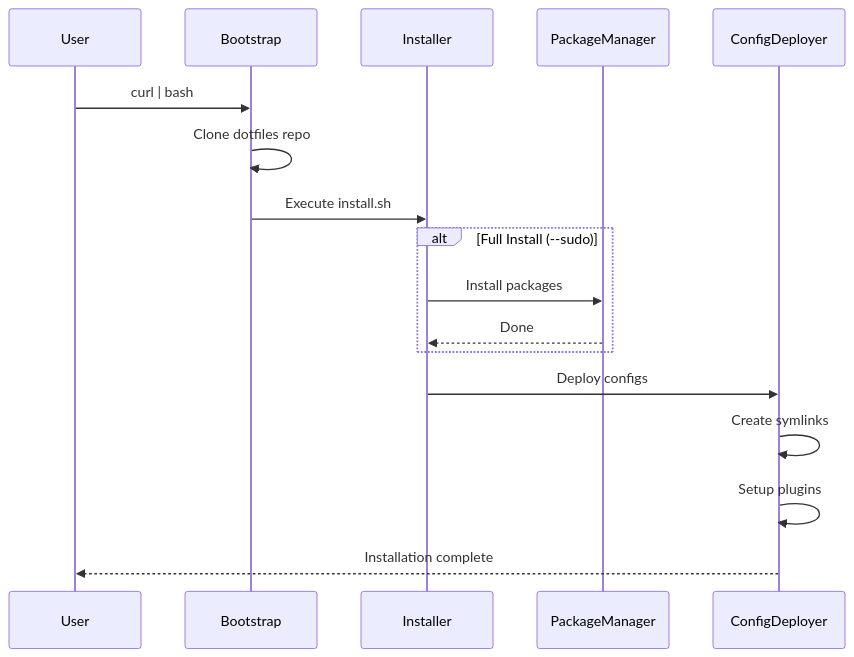
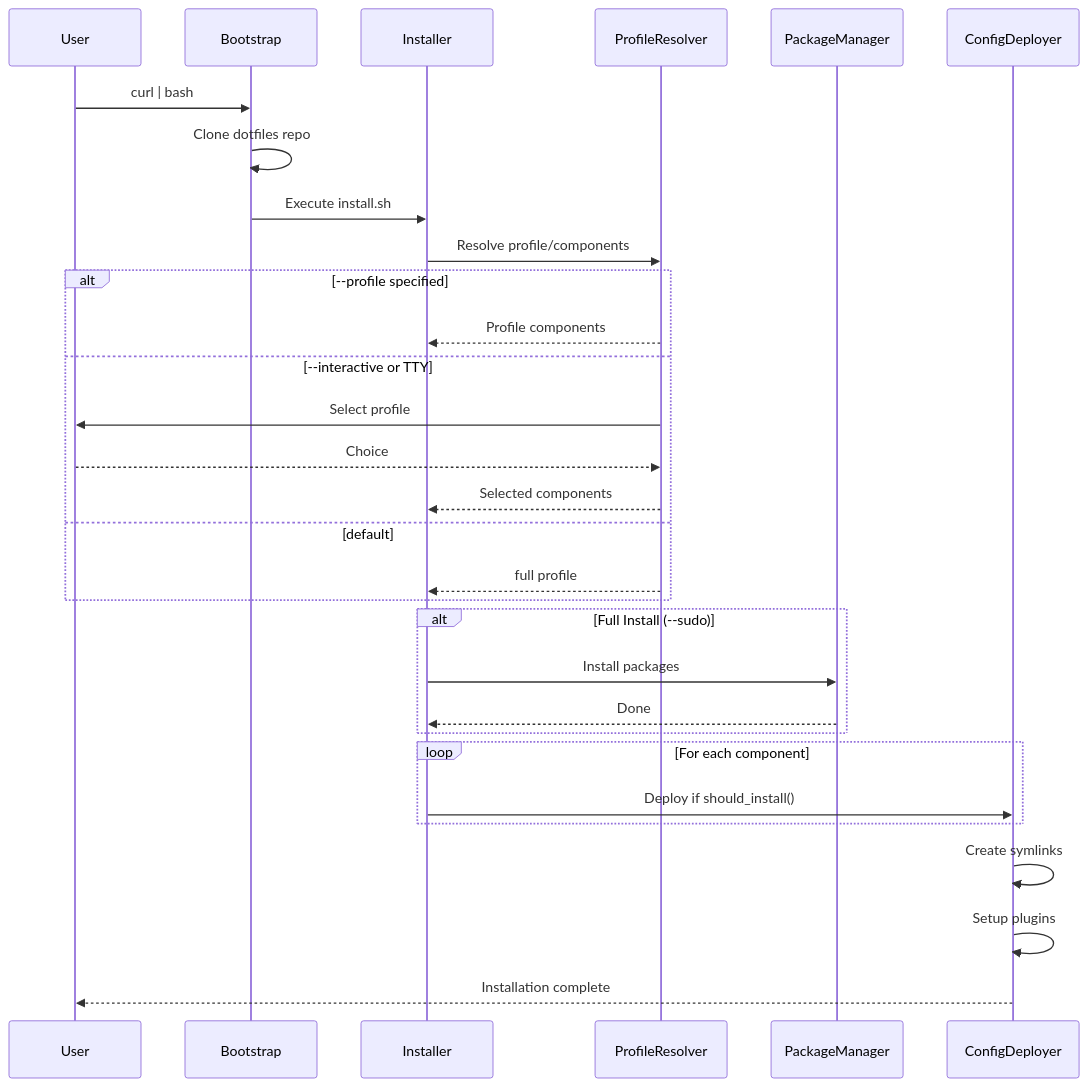
Before and after one commit to wit543/dotfiles: the third of 24 diagrams in docs/ARCHITECTURE.md, drawn with Mermaid. The commit also changed other lines of this file and 10 other files, not shown here.

````diff
--- a/docs/ARCHITECTURE.md
+++ b/docs/ARCHITECTURE.md
@@ -68,22 +68,36 @@
 ```mermaid
 sequenceDiagram
     participant User
     participant Bootstrap
     participant Installer
+    participant ProfileResolver
     participant PackageManager
     participant ConfigDeployer
 
     User->>Bootstrap: curl | bash
     Bootstrap->>Bootstrap: Clone dotfiles repo
     Bootstrap->>Installer: Execute install.sh
 
+    Installer->>ProfileResolver: Resolve profile/components
+    alt --profile specified
+        ProfileResolver-->>Installer: Profile components
+    else --interactive or TTY
+        ProfileResolver->>User: Select profile
+        User-->>ProfileResolver: Choice
+        ProfileResolver-->>Installer: Selected components
+    else default
+        ProfileResolver-->>Installer: full profile
+    end
+
     alt Full Install (--sudo)
         Installer->>PackageManager: Install packages
         PackageManager-->>Installer: Done
     end
 
-    Installer->>ConfigDeployer: Deploy configs
+    loop For each component
+        Installer->>ConfigDeployer: Deploy if should_install()
+    end
     ConfigDeployer->>ConfigDeployer: Create symlinks
     ConfigDeployer->>ConfigDeployer: Setup plugins
     ConfigDeployer-->>User: Installation complete
 ```
````
